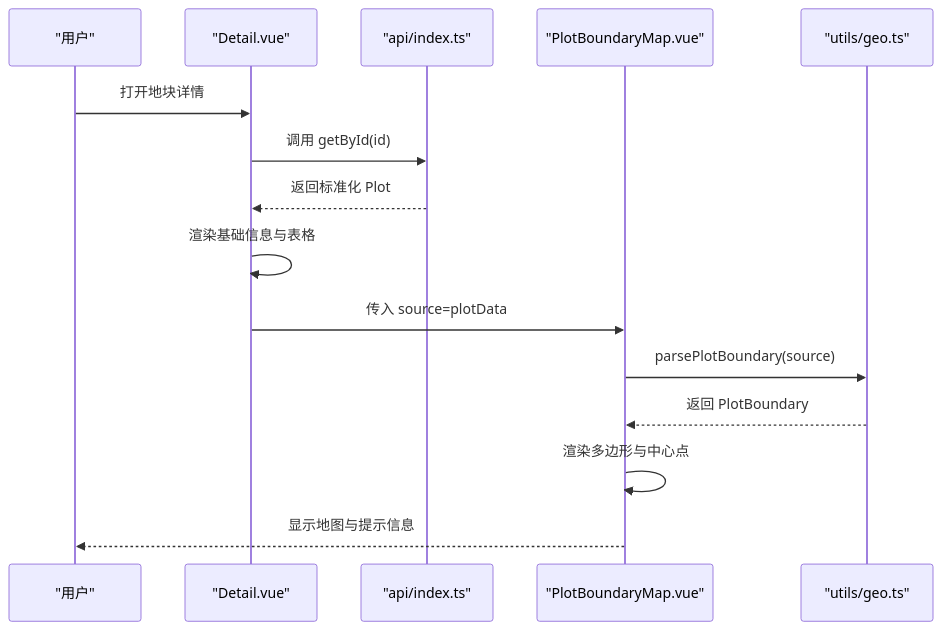
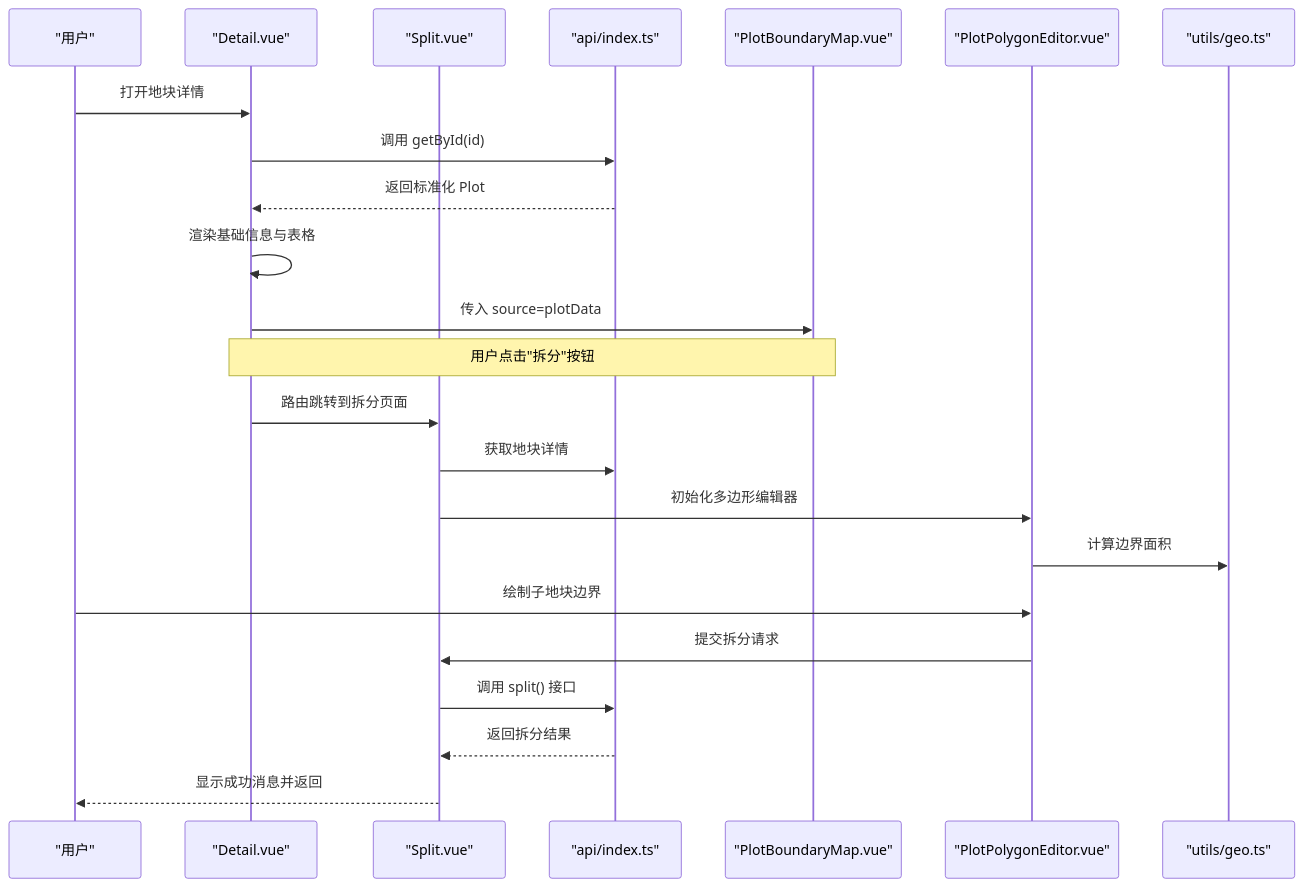
One commit to q446328246/agri-platform changed the second of 8 diagrams in .qoder/repowiki/zh/content/前端应用文档/核心页面/地块管理页面/地块详情页面.md. Above: the diagram before and after it, drawn with Mermaid. The commit also changed other lines of this file and 52 other files, not shown here.

````diff
--- a/.qoder/repowiki/zh/content/前端应用文档/核心页面/地块管理页面/地块详情页面.md
+++ b/.qoder/repowiki/zh/content/前端应用文档/核心页面/地块管理页面/地块详情页面.md
@@ -92,17 +126,25 @@
 ```mermaid
 sequenceDiagram
 participant User as "用户"
-participant Page as "Detail.vue"
+participant Detail as "Detail.vue"
+participant Split as "Split.vue"
 participant API as "api/index.ts"
 participant Map as "PlotBoundaryMap.vue"
+participant Editor as "PlotPolygonEditor.vue"
 participant Geo as "utils/geo.ts"
-User->>Page : 打开地块详情
-Page->>API : 调用 getById(id)
-API-->>Page : 返回标准化 Plot
-Page->>Page : 渲染基础信息与表格
-Page->>Map : 传入 source=plotData
-Map->>Geo : parsePlotBoundary(source)
-Geo-->>Map : 返回 PlotBoundary
-Map->>Map : 渲染多边形与中心点
-Map-->>User : 显示地图与提示信息
+User->>Detail : 打开地块详情
+Detail->>API : 调用 getById(id)
+API-->>Detail : 返回标准化 Plot
+Detail->>Detail : 渲染基础信息与表格
+Detail->>Map : 传入 source=plotData
+Note over Detail,Map : 用户点击"拆分"按钮
+Detail->>Split : 路由跳转到拆分页面
+Split->>API : 获取地块详情
+Split->>Editor : 初始化多边形编辑器
+Editor->>Geo : 计算边界面积
+User->>Editor : 绘制子地块边界
+Editor->>Split : 提交拆分请求
+Split->>API : 调用 split() 接口
+API-->>Split : 返回拆分结果
+Split-->>User : 显示成功消息并返回
 ```
````
